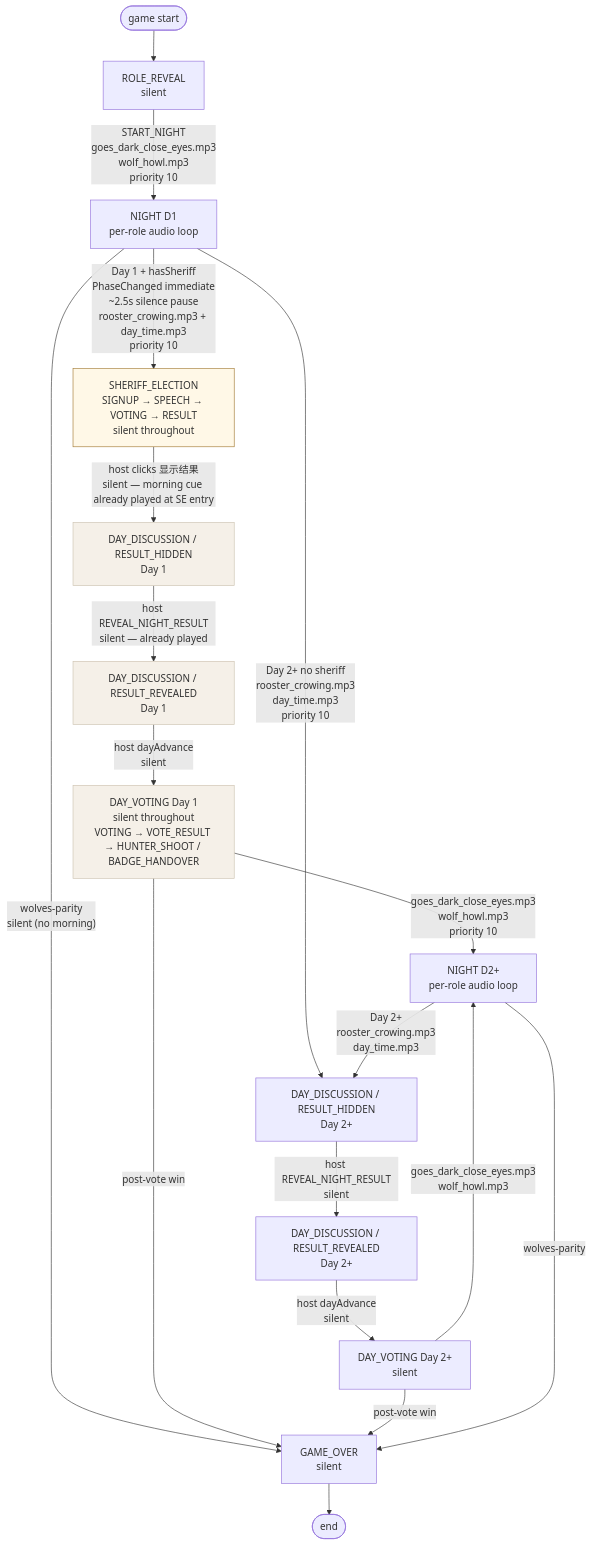
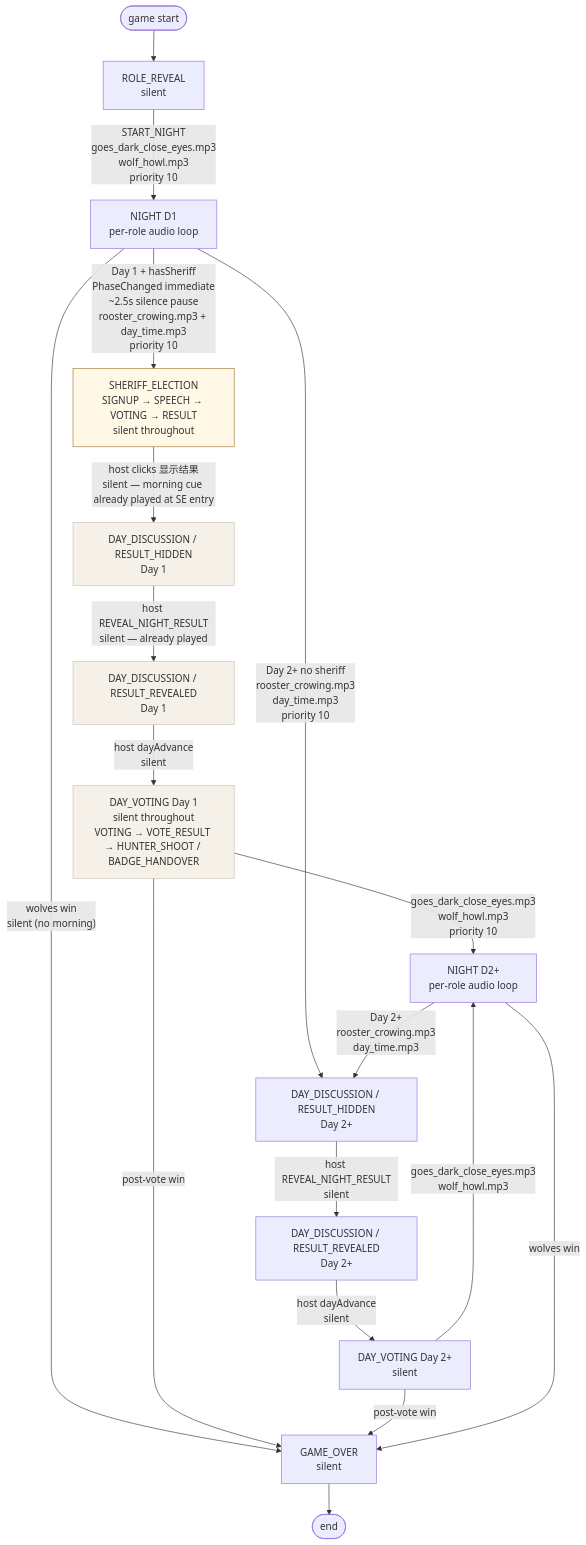
One commit to wangdaqian08/werewolf-simple changed the second of 3 diagrams in docs/game-phase-flow.md. Above: the diagram before and after it, drawn with Mermaid. The commit also changed other lines of this file and 76 other files, not shown here.

````diff
--- a/docs/game-phase-flow.md
+++ b/docs/game-phase-flow.md
@@ -93,31 +93,31 @@
 ```mermaid
 flowchart TB
     START([game start]) --> RR["ROLE_REVEAL<br/>silent"]
     RR -->|"START_NIGHT<br/>goes_dark_close_eyes.mp3<br/>wolf_howl.mp3<br/>priority 10"| N1["NIGHT D1<br/>per-role audio loop"]
 
-    N1 -->|"wolves-parity<br/>silent (no morning)"| GO["GAME_OVER<br/>silent"]
+    N1 -->|"wolves win<br/>silent (no morning)"| GO["GAME_OVER<br/>silent"]
     N1 -->|"Day 1 + hasSheriff<br/>PhaseChanged immediate<br/>~2.5s silence pause<br/>rooster_crowing.mp3 + day_time.mp3<br/>priority 10"| SE["SHERIFF_ELECTION<br/>SIGNUP → SPEECH → VOTING → RESULT<br/>silent throughout"]
     N1 -->|"Day 2+ no sheriff<br/>rooster_crowing.mp3<br/>day_time.mp3<br/>priority 10"| DH2["DAY_DISCUSSION / RESULT_HIDDEN<br/>Day 2+"]
 
     SE -->|"host clicks 显示结果<br/>silent — morning cue already played at SE entry"| DH1["DAY_DISCUSSION / RESULT_HIDDEN<br/>Day 1"]
     DH1 -->|"host REVEAL_NIGHT_RESULT<br/>silent — already played"| DR1["DAY_DISCUSSION / RESULT_REVEALED<br/>Day 1"]
     DR1 -->|"host dayAdvance<br/>silent"| DV1["DAY_VOTING Day 1<br/>silent throughout<br/>VOTING → VOTE_RESULT → HUNTER_SHOOT / BADGE_HANDOVER"]
 
     DH2 -->|"host REVEAL_NIGHT_RESULT<br/>silent"| DR2["DAY_DISCUSSION / RESULT_REVEALED<br/>Day 2+"]
     DR2 -->|"host dayAdvance<br/>silent"| DV2["DAY_VOTING Day 2+<br/>silent"]
 
     DV1 -->|"goes_dark_close_eyes.mp3<br/>wolf_howl.mp3<br/>priority 10"| N2["NIGHT D2+<br/>per-role audio loop"]
     DV2 -->|"goes_dark_close_eyes.mp3<br/>wolf_howl.mp3"| N2
     DV1 -->|"post-vote win"| GO
     DV2 -->|"post-vote win"| GO
 
-    N2 -->|"wolves-parity"| GO
+    N2 -->|"wolves win"| GO
     N2 -->|"Day 2+<br/>rooster_crowing.mp3<br/>day_time.mp3"| DH2
 
     GO --> END([end])
 
     classDef morningCue fill:#fff8e7,stroke:#a07830
     classDef silent fill:#f5f0e8,stroke:#ccc2b0
     class SE morningCue
     class DH1,DR1,DV1 silent
 ```
````
